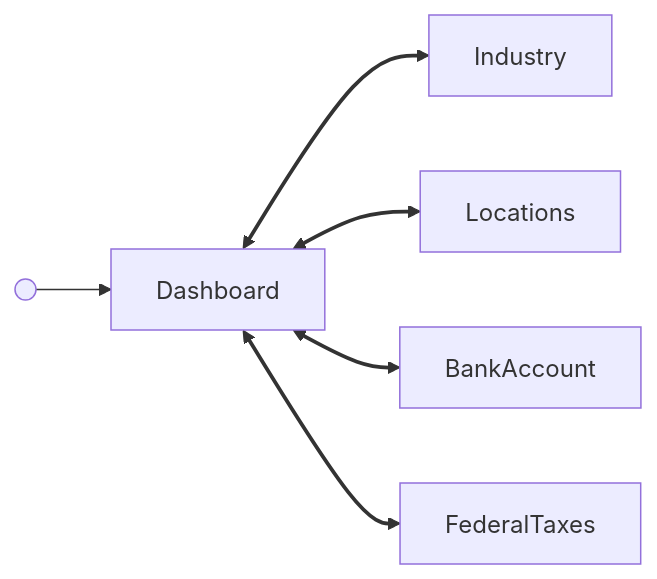
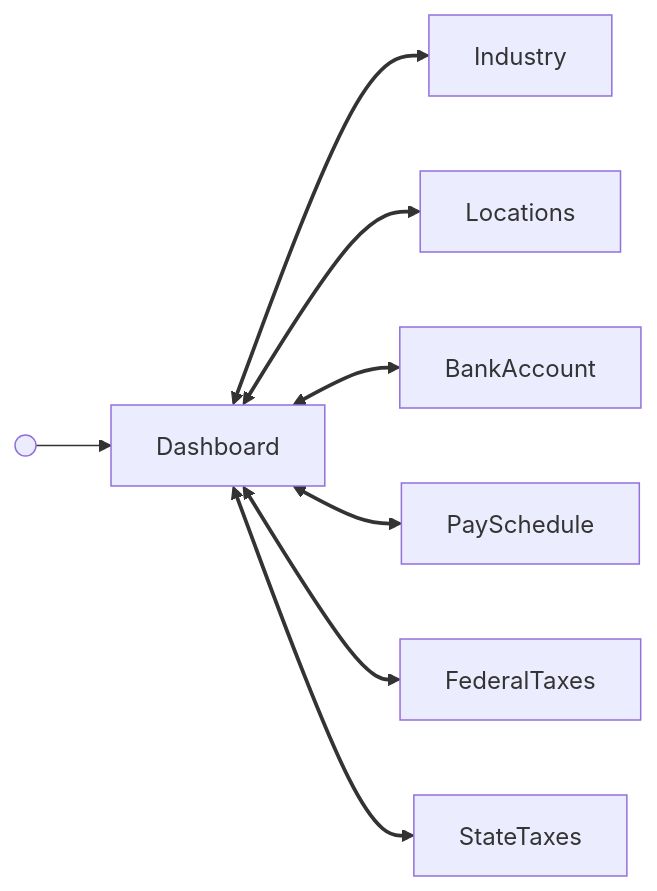
The diagram in src/components/Company/Dashboard/GUIDE.md (Gusto/embedded-react-sdk), drawn with Mermaid before and after one commit. The commit also changed other lines of this file and 48 other files, not shown here.

First line of the commit message:
feat(SDK-1431): add pay schedules card to the CompanyManagement dashboard Pay tab (#3073)

````diff
--- a/src/components/Company/Dashboard/GUIDE.md
+++ b/src/components/Company/Dashboard/GUIDE.md
@@ -19,9 +21,11 @@
 ```mermaid
 flowchart LR
   start@{ shape: sm-circ } --> Dashboard
   Dashboard <--> Industry
   Dashboard <--> Locations
   Dashboard <--> BankAccount
+  Dashboard <--> PaySchedule
   Dashboard <--> FederalTaxes
-  linkStyle 1,2,3,4 stroke-width:2.5px
+  Dashboard <--> StateTaxes
+  linkStyle 1,2,3,4,5,6 stroke-width:2.5px
 ```
````
